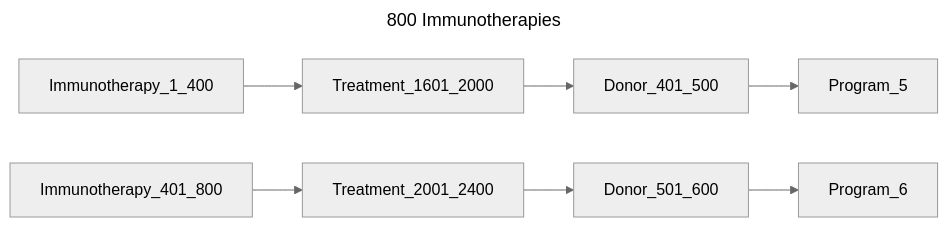
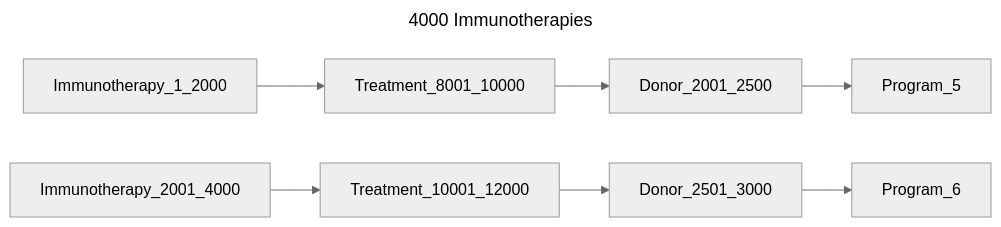
Before and after one commit to bento-platform/katsu: the eighth of 14 diagrams in chord_metadata_service/mohpackets/data/large_dataset/README.md, drawn with Mermaid (neutral theme). The commit also changed other lines of this file, not shown here.

````diff
--- a/chord_metadata_service/mohpackets/data/large_dataset/README.md
+++ b/chord_metadata_service/mohpackets/data/large_dataset/README.md
@@ -125,8 +126,8 @@
 ```mermaid
 ---
-title: 800 Immunotherapies
+title: 4000 Immunotherapies
 ---
 graph LR;  
-  Immunotherapy_1_400 --> Treatment_1601_2000 -->  Donor_401_500 --> Program_5;  
-  Immunotherapy_401_800 -->  Treatment_2001_2400 --> Donor_501_600 --> Program_6;  
+  Immunotherapy_1_2000 --> Treatment_8001_10000 -->  Donor_2001_2500 --> Program_5;  
+  Immunotherapy_2001_4000 -->  Treatment_10001_12000 --> Donor_2501_3000 --> Program_6;  
 ```
````
